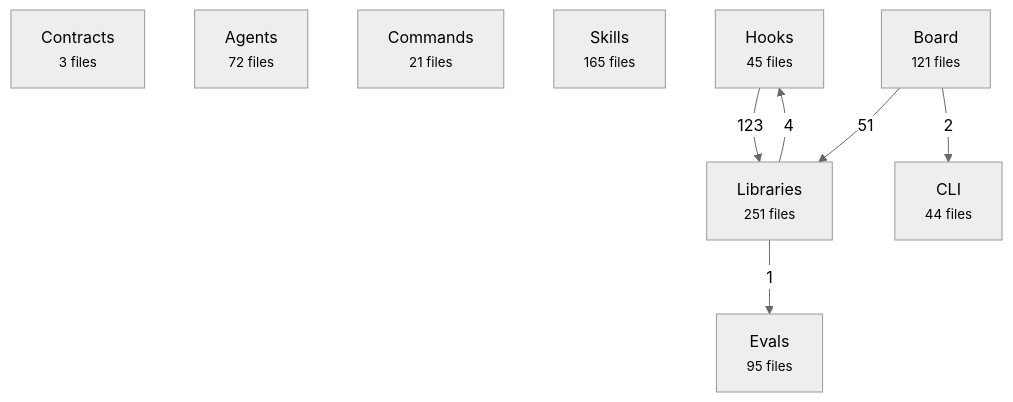
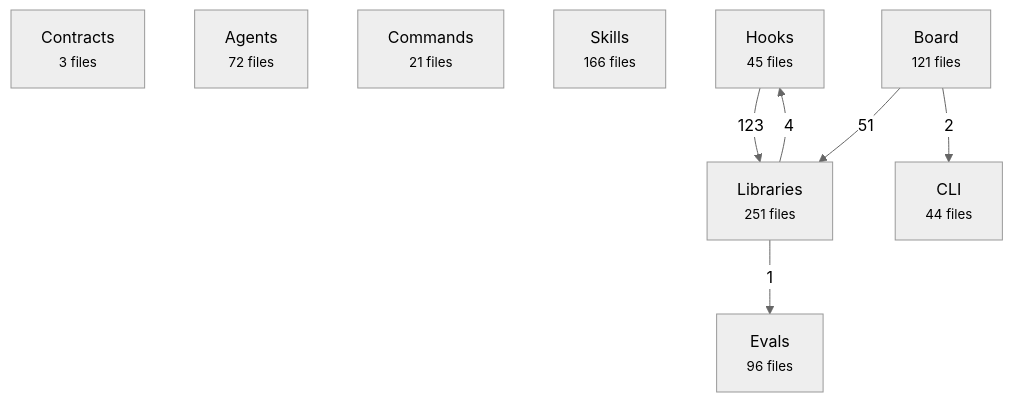
Before and after one commit to avelikiy/great_cto: the first of 2 diagrams in docs/reference/architecture-map.md, drawn with Mermaid (neutral theme). The commit also changed other lines of this file and 11 other files, not shown here.

````diff
--- a/docs/reference/architecture-map.md
+++ b/docs/reference/architecture-map.md
@@ -20,17 +20,17 @@
 ```mermaid
 flowchart TD
   contracts["Contracts<br/><small>3 files</small>"]
   agents["Agents<br/><small>72 files</small>"]
   commands["Commands<br/><small>21 files</small>"]
-  skills["Skills<br/><small>165 files</small>"]
+  skills["Skills<br/><small>166 files</small>"]
   hooks["Hooks<br/><small>45 files</small>"]
   libs["Libraries<br/><small>251 files</small>"]
   board["Board<br/><small>121 files</small>"]
   cli["CLI<br/><small>44 files</small>"]
-  evals["Evals<br/><small>95 files</small>"]
+  evals["Evals<br/><small>96 files</small>"]
   hooks -->|123| libs
   board -->|51| libs
   libs -->|4| hooks
   board -->|2| cli
   libs -->|1| evals
 ```
````
